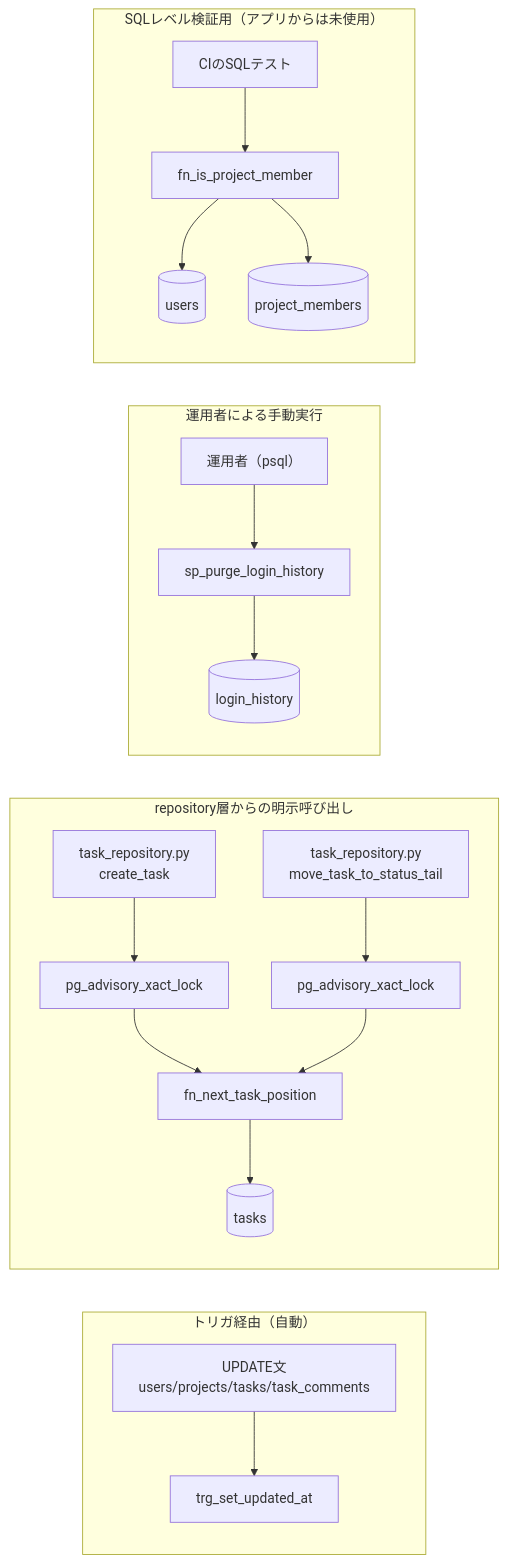
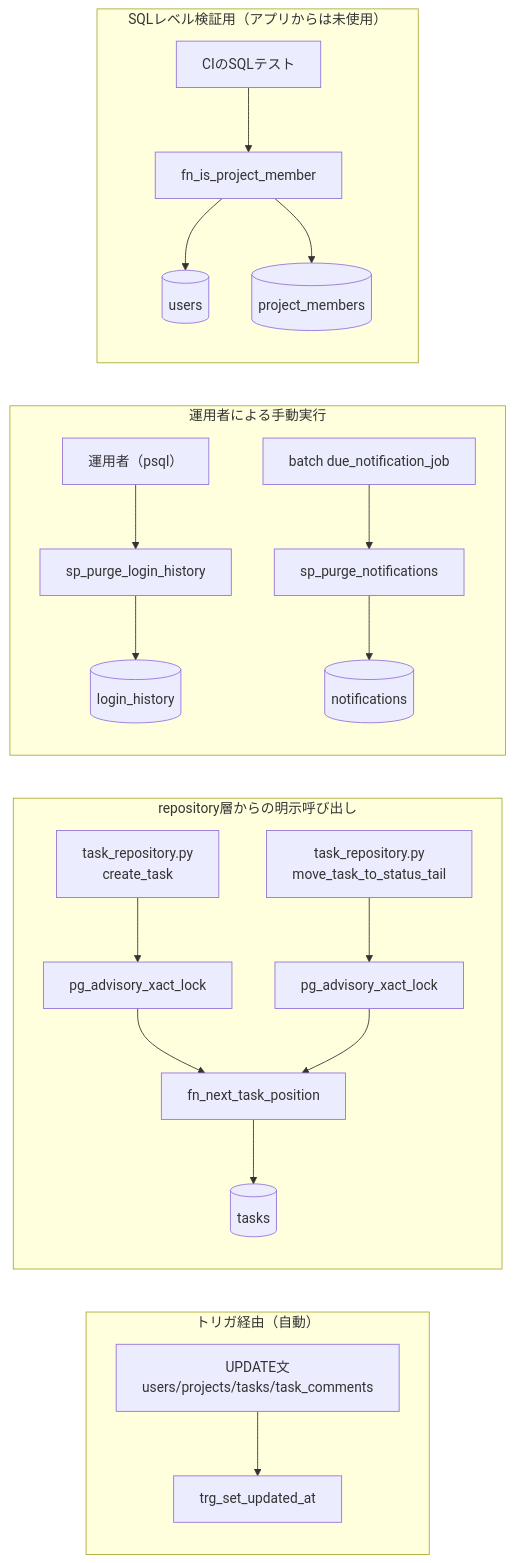
Before and after one commit to oikawa-d/task_management: the diagram in detailed_design/database/08_db_functions.md, drawn with Mermaid. The commit also changed other lines of this file and 31 other files, not shown here.

````diff
--- a/detailed_design/database/08_db_functions.md
+++ b/detailed_design/database/08_db_functions.md
@@ -199,25 +228,27 @@
 ```mermaid
 flowchart LR
     subgraph trigger["トリガ経由（自動）"]
         UPD["UPDATE文<br/>users/projects/tasks/task_comments"] --> TRG["trg_set_updated_at"]
     end
 
     subgraph repo["repository層からの明示呼び出し"]
         CREATE["task_repository.py<br/>create_task"] --> LOCK1["pg_advisory_xact_lock"]
         MOVE["task_repository.py<br/>move_task_to_status_tail"] --> LOCK2["pg_advisory_xact_lock"]
         LOCK1 --> FN1["fn_next_task_position"]
         LOCK2 --> FN1
         FN1 --> TASKS[("tasks")]
     end
 
     subgraph manual["運用者による手動実行"]
         OPS["運用者（psql）"] --> SP["sp_purge_login_history"]
         SP --> LH[("login_history")]
+        JOB["batch due_notification_job"] --> SNP["sp_purge_notifications"]
+        SNP --> NOTIF[("notifications")]
     end
 
     subgraph unused["SQLレベル検証用（アプリからは未使用）"]
         TEST["CIのSQLテスト"] --> FN2["fn_is_project_member"]
         FN2 --> USERS[("users")]
         FN2 --> PM[("project_members")]
     end
 ```
````
